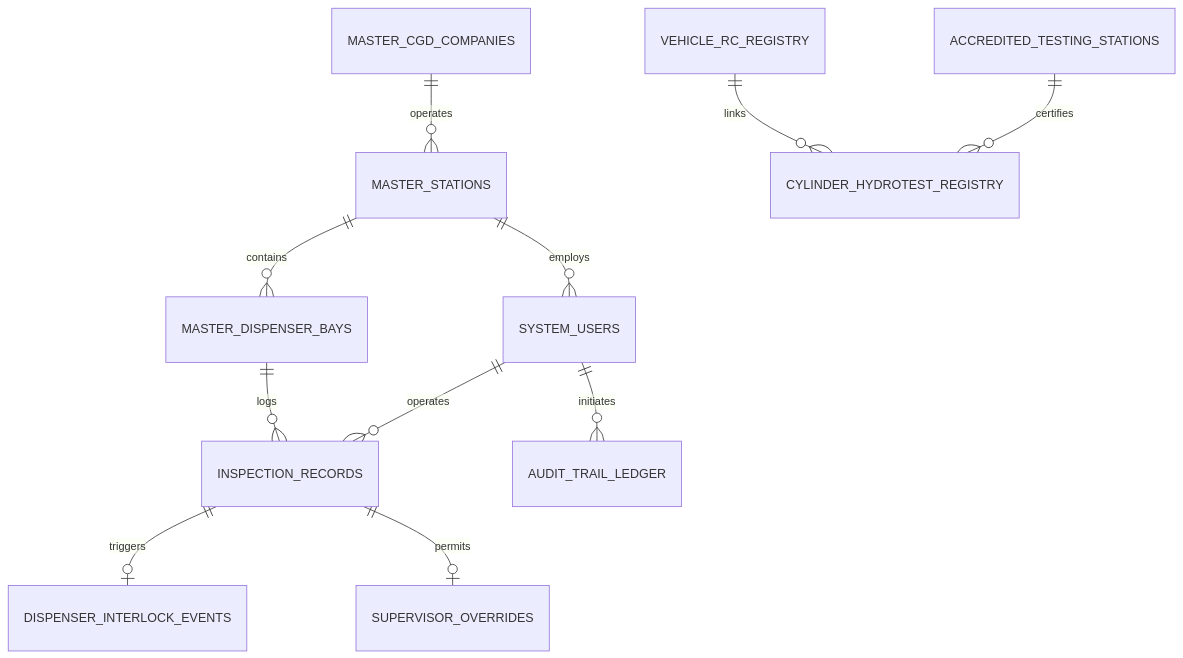
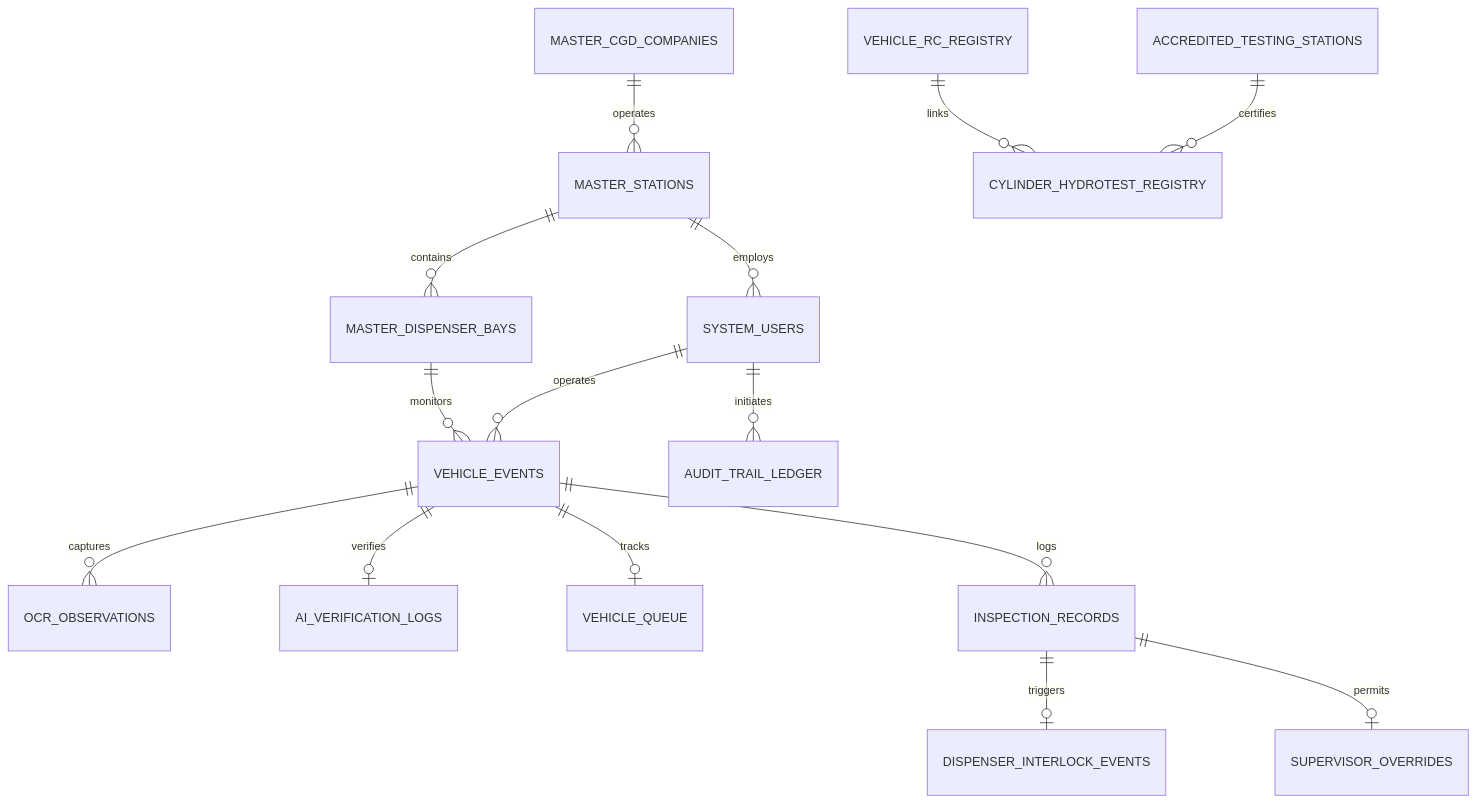
The diagram in Source/BackendSchema.md (Mrinmoypatratint/SmartFuel), drawn with Mermaid before and after one commit. The commit also changed other lines of this file and 5 other files, not shown here.

Commit message:
docs: update specification documents to V4.0 with CNG Connect queue logic and GPT-4o Mini double verification

````diff
--- a/Source/BackendSchema.md
+++ b/Source/BackendSchema.md
@@ -16,16 +17,21 @@
 ```mermaid
 erDiagram
     MASTER_CGD_COMPANIES ||--o{ MASTER_STATIONS : operates
     MASTER_STATIONS ||--o{ MASTER_DISPENSER_BAYS : contains
     MASTER_STATIONS ||--o{ SYSTEM_USERS : employs
-    MASTER_DISPENSER_BAYS ||--o{ INSPECTION_RECORDS : logs
-    SYSTEM_USERS ||--o{ INSPECTION_RECORDS : operates
+    MASTER_DISPENSER_BAYS ||--o{ VEHICLE_EVENTS : monitors
+    SYSTEM_USERS ||--o{ VEHICLE_EVENTS : operates
+    
+    VEHICLE_EVENTS ||--o{ OCR_OBSERVATIONS : captures
+    VEHICLE_EVENTS ||--o| AI_VERIFICATION_LOGS : verifies
+    VEHICLE_EVENTS ||--o| VEHICLE_QUEUE : tracks
+    VEHICLE_EVENTS ||--o{ INSPECTION_RECORDS : logs
     
     VEHICLE_RC_REGISTRY ||--o{ CYLINDER_HYDROTEST_REGISTRY : links
     ACCREDITED_TESTING_STATIONS ||--o{ CYLINDER_HYDROTEST_REGISTRY : certifies
     
     INSPECTION_RECORDS ||--o| DISPENSER_INTERLOCK_EVENTS : triggers
     INSPECTION_RECORDS ||--o| SUPERVISOR_OVERRIDES : permits
     
     SYSTEM_USERS ||--o{ AUDIT_TRAIL_LEDGER : initiates
 ```
````
